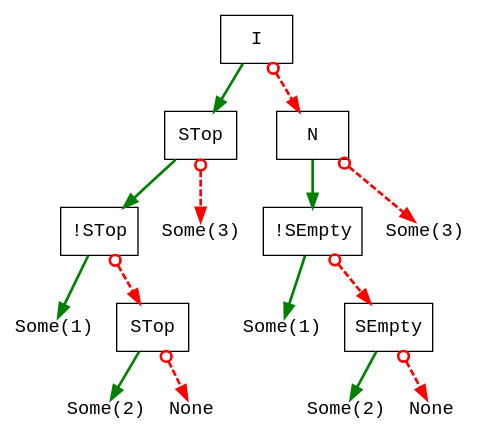
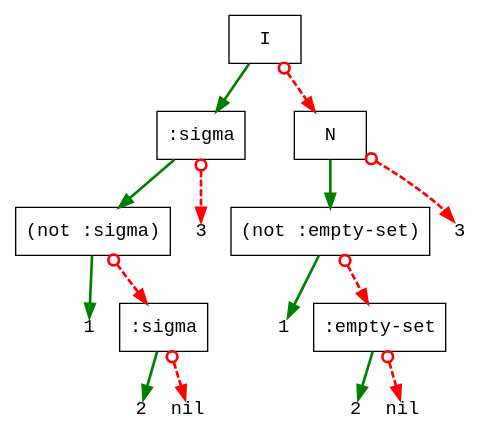
The diagram in doc/reClojure.2025/reclojure.2025.slides.dot/ldd-7.dot (jimka2001/clojure-rte), drawn with Graphviz before and after one commit. The commit also changed 13 other files, not shown here.

```diff
--- a/doc/reClojure.2025/reclojure.2025.slides.dot/ldd-7.dot
+++ b/doc/reClojure.2025/reclojure.2025.slides.dot/ldd-7.dot
@@ -1,65 +1,56 @@
 digraph G {
 node [ fontsize=14];
 bgcolor="#ffffff00" # RGBA (with alpha)
 
 9 [shape=box,label="I",fontname="Courier"]
 
 9 -> n8p [style=solid,color=green,penwidth=2]
 9 -> n8n [style=dashed,color=red,penwidth=2,arrowhead=normal,arrowtail=odot,dir=both]
 
 n8n [shape=box,label="N",fontname="Courier"]
-n8p [shape=box,label="STop",fontname="Courier"]
+n8p [shape=box,label=":sigma",fontname="Courier"]
 
 {rank=same n8n n8p }
 
 
 n8p -> n1pp [style=solid,color=green,penwidth=2]
 n8p -> n6np [style=dashed,color=red,penwidth=2,arrowhead=normal,arrowtail=odot,dir=both]
 
 n8n -> n1pn [style=solid,color=green,penwidth=2]
 n8n -> n6nn [style=dashed,color=red,penwidth=2,arrowhead=normal,arrowtail=odot,dir=both]
 
 {rank=same n1pp n6np n1pn n6nn }
 
-n1pp [shape=box,label="!STop",fontname="Courier"]
-n2pp [shape=plain,label="Some(1)",fontname="Courier"]
-n3pp [shape=box,label="STop",fontname="Courier"]
-n4pp [shape=plain,label="Some(2)",fontname="Courier"]
-n7pp [shape=plain,label="None",fontname="Courier"]
+n1pp [shape=box,label="(not :sigma)",fontname="Courier"]
+n2pp [shape=plain,label="1",fontname="Courier"]
+n3pp [shape=box,label=":sigma",fontname="Courier"]
+n4pp [shape=plain,label="2",fontname="Courier"]
+n7pp [shape=plain,label="nil",fontname="Courier"]
 {rank=same n2pp n3pp }
 {rank=same n4pp n7pp }
 
-n1pn [shape=box,label="!SEmpty",fontname="Courier"]
-n2pn [shape=plain,label="Some(1)",fontname="Courier"]
-n3pn [shape=box,label="SEmpty",fontname="Courier"]
-n4pn [shape=plain,label="Some(2)",fontname="Courier"]
-n7pn [shape=plain,label="None",fontname="Courier"]
+n1pn [shape=box,label="(not :empty-set)",fontname="Courier"]
+n2pn [shape=plain,label="1",fontname="Courier"]
+n3pn [shape=box,label=":empty-set",fontname="Courier"]
+n4pn [shape=plain,label="2",fontname="Courier"]
+n7pn [shape=plain,label="nil",fontname="Courier"]
 {rank=same n2pn n3pn }
 {rank=same n4pn n7pn }
-
 
 n1pp -> n2pp [style=solid,color=green,penwidth=2]
 n1pp -> n3pp [style=dashed,color=red,penwidth=2,arrowhead=normal,arrowtail=odot,dir=both]
 
 n3pp -> n4pp [style=solid,color=green,penwidth=2]
 n3pp -> n7pp [style=dashed,color=red,penwidth=2,arrowhead=normal,arrowtail=odot,dir=both]
 
-
-n6np [shape=plain,label="Some(3)",fontname="Courier"]
-
+n6np [shape=plain,label="3",fontname="Courier"]
 
 n1pn -> n2pn [style=solid,color=green,penwidth=2]
 n1pn -> n3pn [style=dashed,color=red,penwidth=2,arrowhead=normal,arrowtail=odot,dir=both]
 
 n3pn -> n4pn [style=solid,color=green,penwidth=2]
 n3pn -> n7pn [style=dashed,color=red,penwidth=2,arrowhead=normal,arrowtail=odot,dir=both]
 
-
-n6nn [shape=plain,label="Some(3)",fontname="Courier"]
-
-
-
-
-
+n6nn [shape=plain,label="3",fontname="Courier"]
 
 }
```
